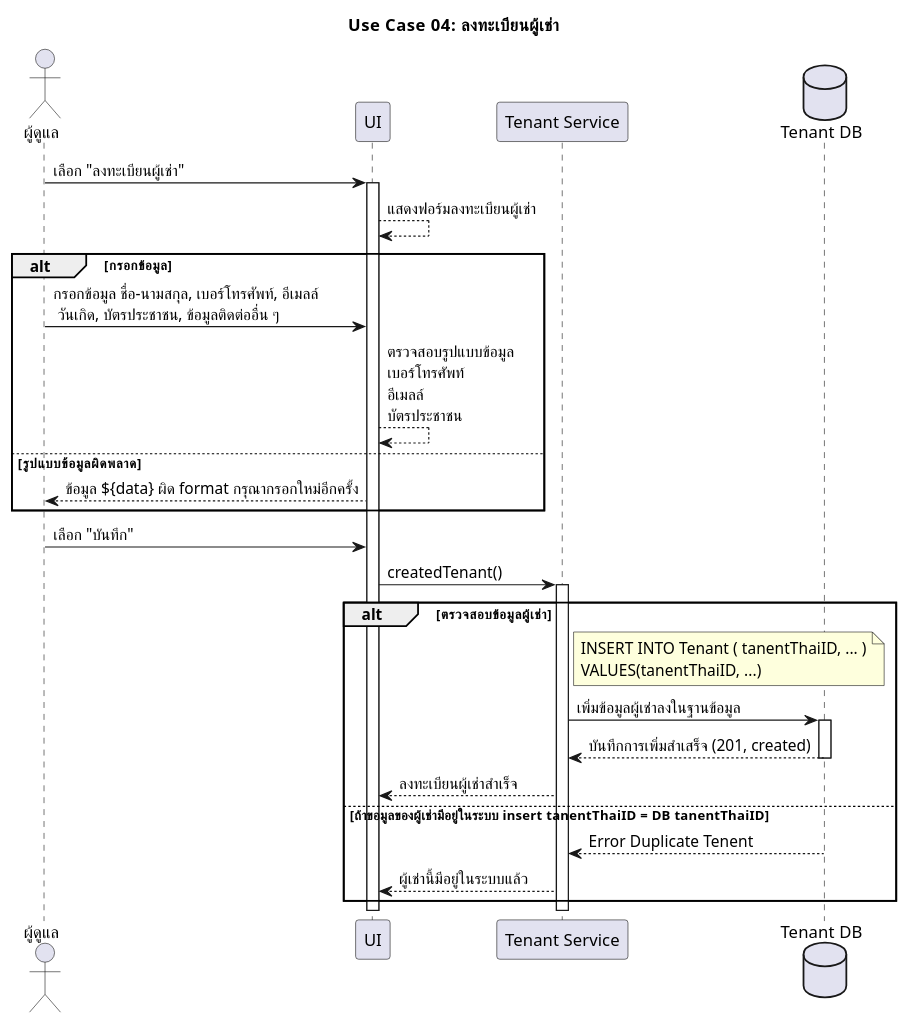
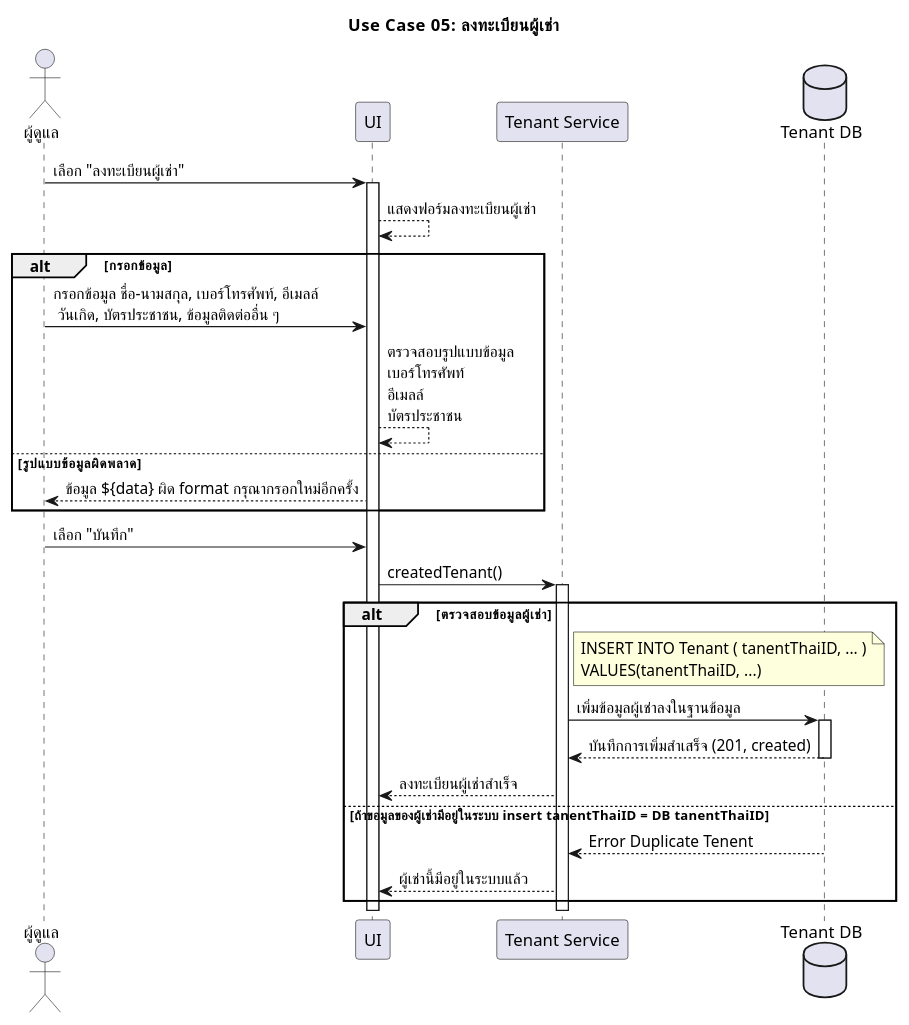
The diagram in usecase05_register_tenent.plantuml (warinyang/UML-monthly-room-rent), drawn with PlantUML before and after one commit.

```diff
--- a/usecase05_register_tenent.plantuml
+++ b/usecase05_register_tenent.plantuml
@@ -1,40 +1,40 @@
 @startuml
 skinparam defaultFontName "TH Sarabun New"
-title Use Case 04: ลงทะเบียนผู้เช่า
+title Use Case 05: ลงทะเบียนผู้เช่า
 actor "ผู้ดูแล" as Admin
 participant "UI" as UI
 participant "Tenant Service" as MS
 database "Tenant DB" as DB
 
 
 Admin -> UI: เลือก "ลงทะเบียนผู้เช่า"
 activate UI
 
 UI --> UI       : แสดงฟอร์มลงทะเบียนผู้เช่า
 alt กรอกข้อมูล
     Admin -> UI: กรอกข้อมูล ชื่อ-นามสกุล, เบอร์โทรศัพท์, อีเมลล์ \n วันเกิด, บัตรประชาชน, ข้อมูลติดต่ออื่น ๆ
     UI --> UI       : ตรวจสอบรูปแบบข้อมูล \nเบอร์โทรศัพท์ \nอีเมลล์ \nบัตรประชาชน
 else รูปแบบข้อมูลผิดพลาด
     UI --> Admin: ข้อมูล ${data} ผิด format กรุณากรอกใหม่อีกครั้ง
 end
 Admin -> UI: เลือก "บันทึก"
 UI -> MS: createdTenant()
 
 alt ตรวจสอบข้อมูลผู้เช่า
     activate MS
 
     note right of MS
     INSERT INTO Tenant ( tanentThaiID, ... )
     VALUES(tanentThaiID, ...)
     end note
     MS -> DB: เพิ่มข้อมูลผู้เช่าลงในฐานข้อมูล
     activate DB
     DB --> MS: บันทึกการเพิ่มสำเสร็จ (201, created)
     deactivate DB
 
     MS --> UI: ลงทะเบียนผู้เช่าสำเร็จ
 else ถ้าขอมูลของผู้เช่ามีอยู่ในระบบ insert tanentThaiID = DB tanentThaiID
     DB --> MS: Error Duplicate Tenent
     MS --> UI: ผู้เช่านี้มีอยู่ในระบบแล้ว
 end
 @enduml
```
